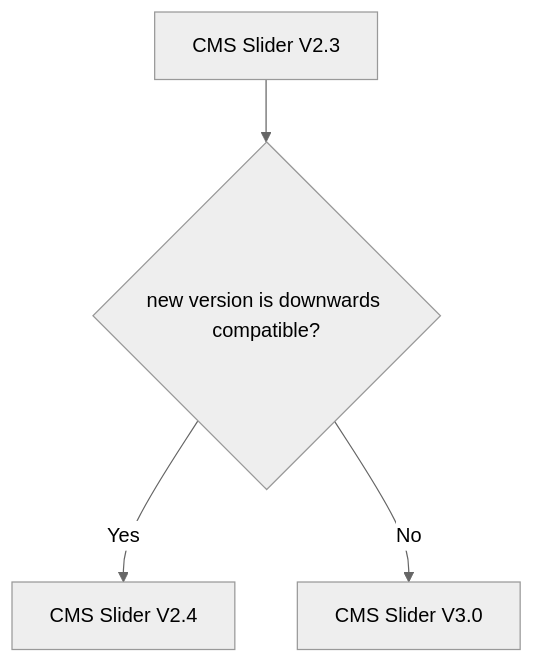
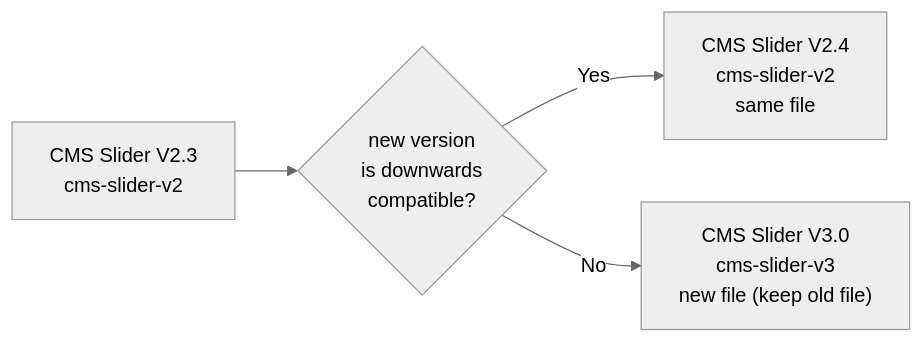
Before and after one commit to WeAreMomentum/library: the diagram in README.md, drawn with Mermaid (neutral theme). The commit also changed other lines of this file, not shown here.

Commit message:
flowchart in readme

````diff
--- a/README.md
+++ b/README.md
@@ -23,6 +23,18 @@
 ```mermaid
-flowchart TD
-    A[CMS Slider V2.3] --> B{new version is downwards compatible?}
-    B -->|Yes| C[CMS Slider V2.4]
-    B -->|No| D[CMS Slider V3.0]
+flowchart LR
+    v23["`CMS Slider V2.3
+    cms-slider-v2`"]
+    cond{"`new version
+    is downwards
+    compatible?`"}
+    v24["`CMS Slider V2.4
+    cms-slider-v2
+    same file`"]
+    v30["`CMS Slider V3.0
+    cms-slider-v3
+    new file (keep old file)`"]
+
+    v23 --> cond
+    cond -->|Yes| v24
+    cond -->|No| v30
 ```
````
